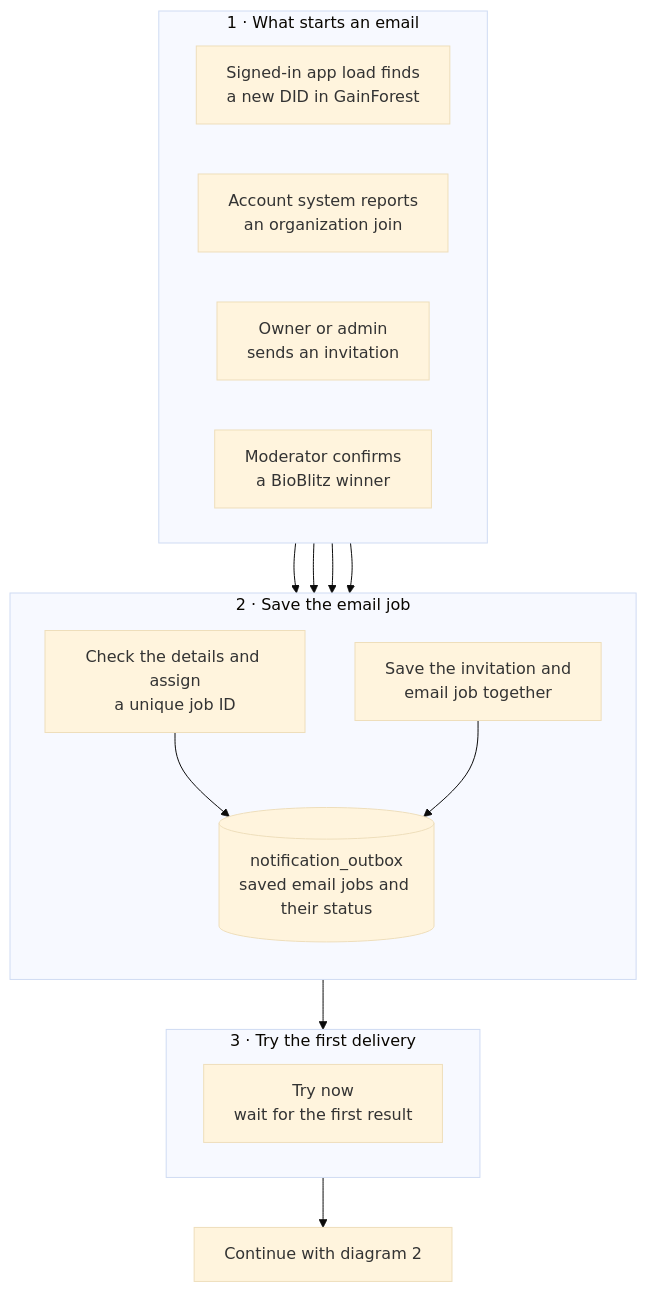
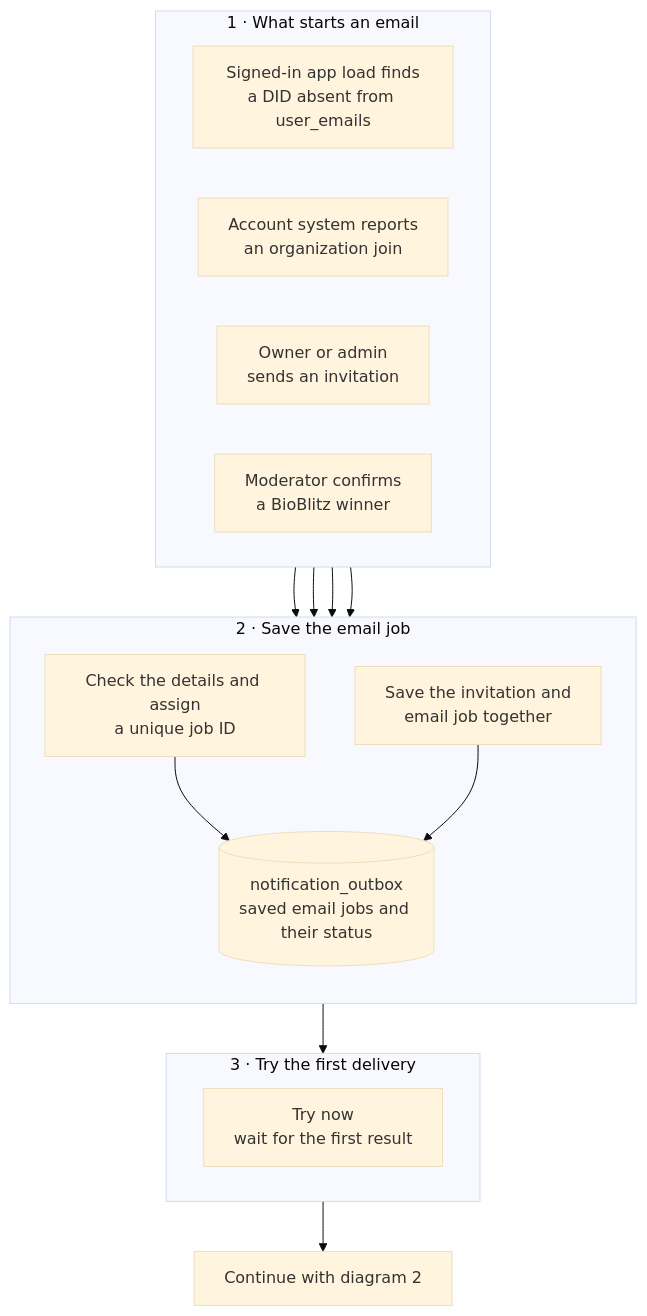
The first of 4 diagrams in docs/email-notification-system.md (GainForest/gainforest-app), drawn with Mermaid (base theme) before and after one commit. The commit also changed 1 other file, not shown here.

Commit message:
welcome-email: clarify first-use eligibility docs

````diff
--- a/docs/email-notification-system.md
+++ b/docs/email-notification-system.md
@@ -11,37 +11,37 @@
 ```mermaid
 flowchart TB
 
   subgraph Triggers["1 · What starts an email"]
     direction LR
 
-    FirstUse["Signed-in app load finds<br/>a new DID in GainForest"]
+    FirstUse["Signed-in app load finds<br/>a DID absent from user_emails"]
     Membership["Account system reports<br/>an organization join"]
     Invitation["Owner or admin<br/>sends an invitation"]
     BioBlitz["Moderator confirms<br/>a BioBlitz winner"]
   end
 
   subgraph Saving["2 · Save the email job"]
     direction TB
 
     SaveJob["Check the details and assign<br/>a unique job ID"]
     SaveTogether["Save the invitation and<br/>email job together"]
     Outbox[("notification_outbox<br/>saved email jobs and their status")]
   end
 
   subgraph Timing["3 · Try the first delivery"]
     direction LR
 
     TryNow["Try now<br/>wait for the first result"]
   end
 
   FirstUse --> SaveJob
   Membership --> SaveJob
   BioBlitz --> SaveJob
   Invitation --> SaveTogether
 
   SaveJob --> Outbox
   SaveTogether --> Outbox
 
   Outbox --> TryNow
   TryNow --> SendFlow["Continue with diagram 2"]
 ```
````
